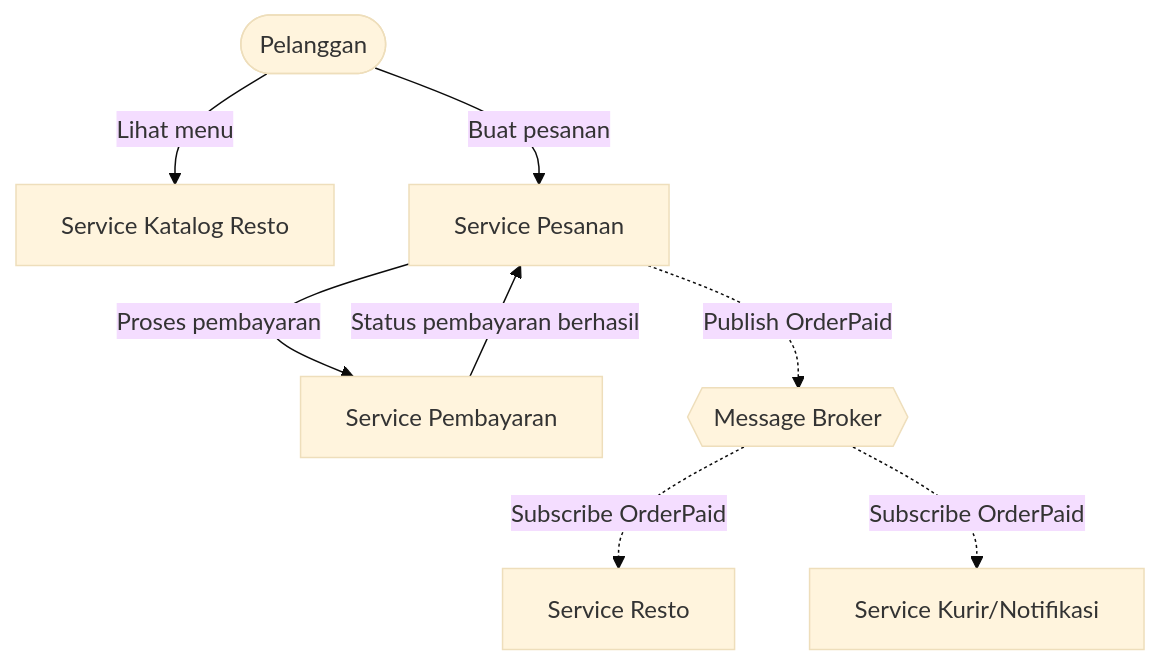
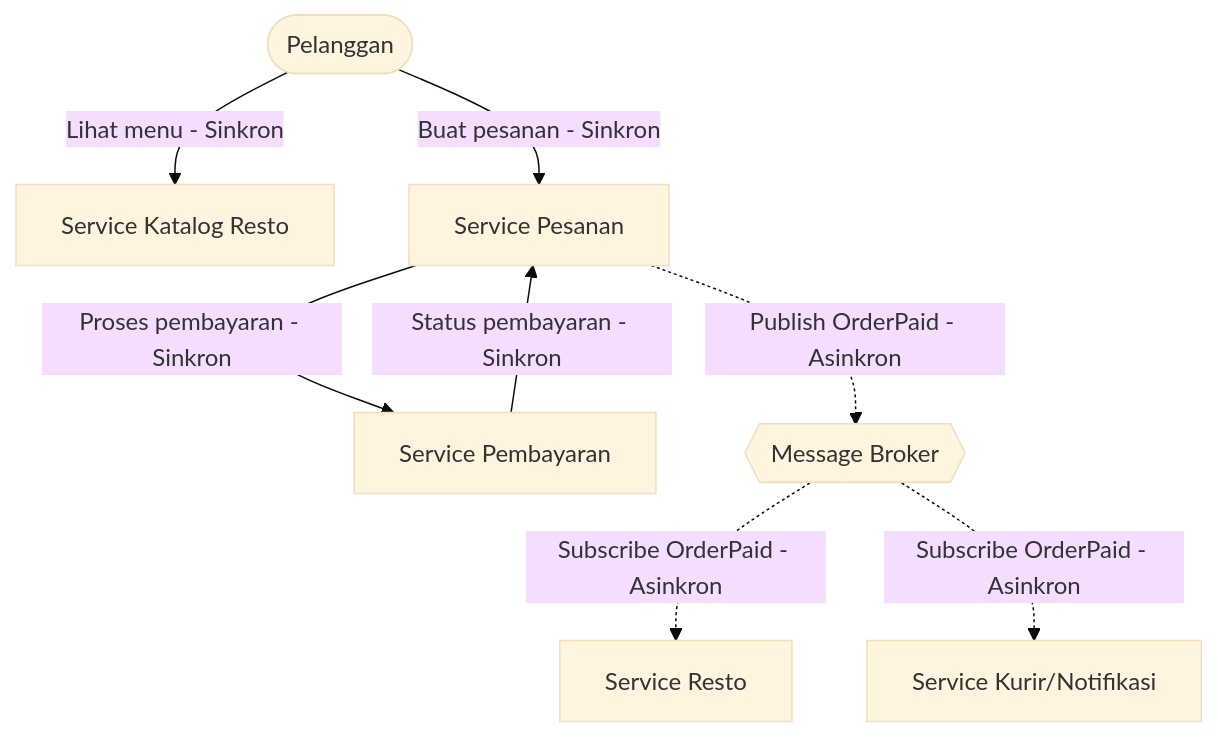
The diagram in tugas-02-perancangan-arsitektur/README.md (chartika/komputasi-awan-dan-terdistribusi), drawn with Mermaid (base theme) before and after one commit.

Commit message:
diagram README tugas 2

````diff
--- a/tugas-02-perancangan-arsitektur/README.md
+++ b/tugas-02-perancangan-arsitektur/README.md
@@ -20,18 +20,18 @@
 ```mermaid
 flowchart TD
     P([Pelanggan])
     K[Service Katalog Resto]
     O[Service Pesanan]
     B[Service Pembayaran]
     MB{{Message Broker}}
     R[Service Resto]
     N[Service Kurir/Notifikasi]
 
-    P -->|Lihat menu| K
-    P -->|Buat pesanan| O
-    O -->|Proses pembayaran| B
-    B -->|Status pembayaran berhasil| O
-    O -.->|Publish OrderPaid| MB
-    MB -.->|Subscribe OrderPaid| R
-    MB -.->|Subscribe OrderPaid| N
+    P -->|Lihat menu - Sinkron| K
+    P -->|Buat pesanan - Sinkron| O
+    O -->|Proses pembayaran - Sinkron| B
+    B -->|Status pembayaran - Sinkron| O
+    O -.->|Publish OrderPaid - Asinkron| MB
+    MB -.->|Subscribe OrderPaid - Asinkron| R
+    MB -.->|Subscribe OrderPaid - Asinkron| N
 ```
````
